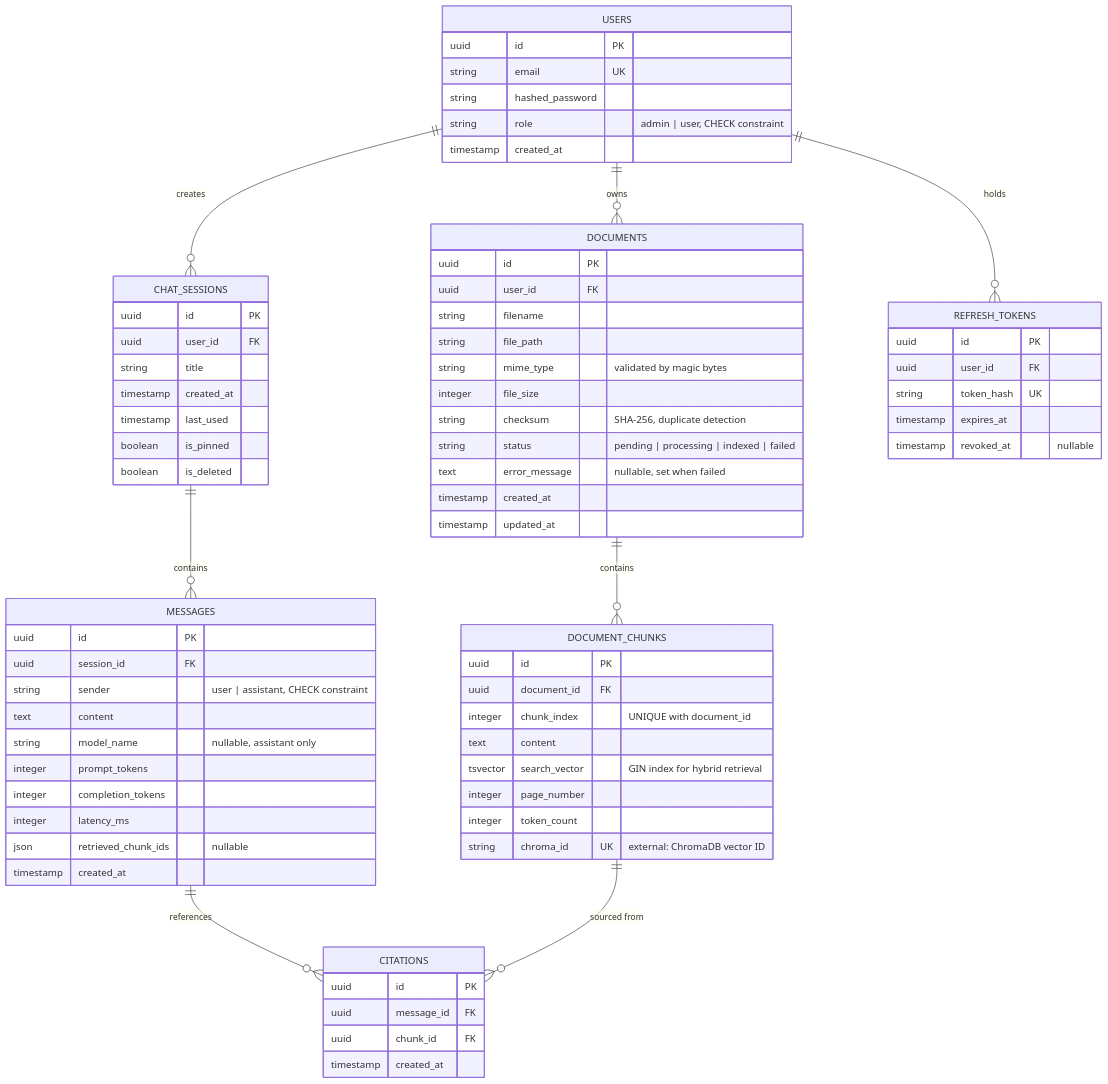
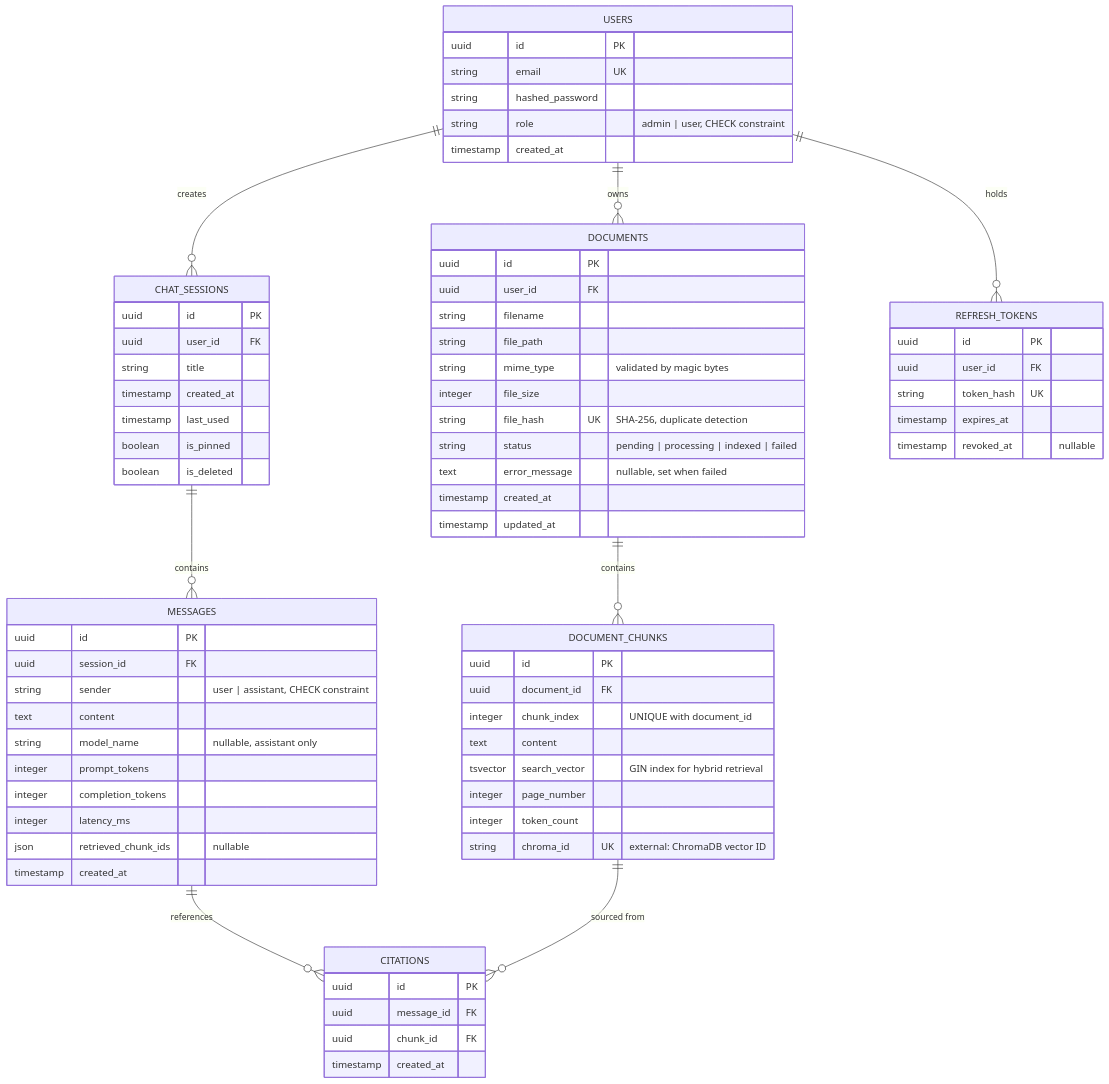
Before and after one commit to Aether-Link-Tech/RAG-Model: the second of 2 diagrams in README.md, drawn with Mermaid. The commit also changed other lines of this file and 15 other files, not shown here.

First line of the commit message:
refactor(backend): restructure backend architecture, migrations, and documentation

````diff
--- a/README.md
+++ b/README.md
@@ -141,81 +149,81 @@
 ```mermaid
 erDiagram
     USERS ||--o{ DOCUMENTS : "owns"
     USERS ||--o{ CHAT_SESSIONS : "creates"
     USERS ||--o{ REFRESH_TOKENS : "holds"
     DOCUMENTS ||--o{ DOCUMENT_CHUNKS : "contains"
     CHAT_SESSIONS ||--o{ MESSAGES : "contains"
     MESSAGES ||--o{ CITATIONS : "references"
     DOCUMENT_CHUNKS ||--o{ CITATIONS : "sourced from"
 
     USERS {
         uuid id PK
         string email UK
         string hashed_password
         string role "admin | user, CHECK constraint"
         timestamp created_at
     }
 
     REFRESH_TOKENS {
         uuid id PK
         uuid user_id FK
         string token_hash UK
         timestamp expires_at
         timestamp revoked_at "nullable"
     }
 
     DOCUMENTS {
         uuid id PK
         uuid user_id FK
         string filename
         string file_path
         string mime_type "validated by magic bytes"
         integer file_size
-        string checksum "SHA-256, duplicate detection"
+        string file_hash UK "SHA-256, duplicate detection"
         string status "pending | processing | indexed | failed"
         text error_message "nullable, set when failed"
         timestamp created_at
         timestamp updated_at
     }
 
     DOCUMENT_CHUNKS {
         uuid id PK
         uuid document_id FK
         integer chunk_index "UNIQUE with document_id"
         text content
         tsvector search_vector "GIN index for hybrid retrieval"
         integer page_number
         integer token_count
         string chroma_id UK "external: ChromaDB vector ID"
     }
 
     CHAT_SESSIONS {
         uuid id PK
         uuid user_id FK
         string title
         timestamp created_at
         timestamp last_used
         boolean is_pinned
         boolean is_deleted
     }
 
     MESSAGES {
         uuid id PK
         uuid session_id FK
         string sender "user | assistant, CHECK constraint"
         text content
         string model_name "nullable, assistant only"
         integer prompt_tokens
         integer completion_tokens
         integer latency_ms
         json retrieved_chunk_ids "nullable"
         timestamp created_at
     }
 
     CITATIONS {
         uuid id PK
         uuid message_id FK
         uuid chunk_id FK
         timestamp created_at
     }
 ```
````
